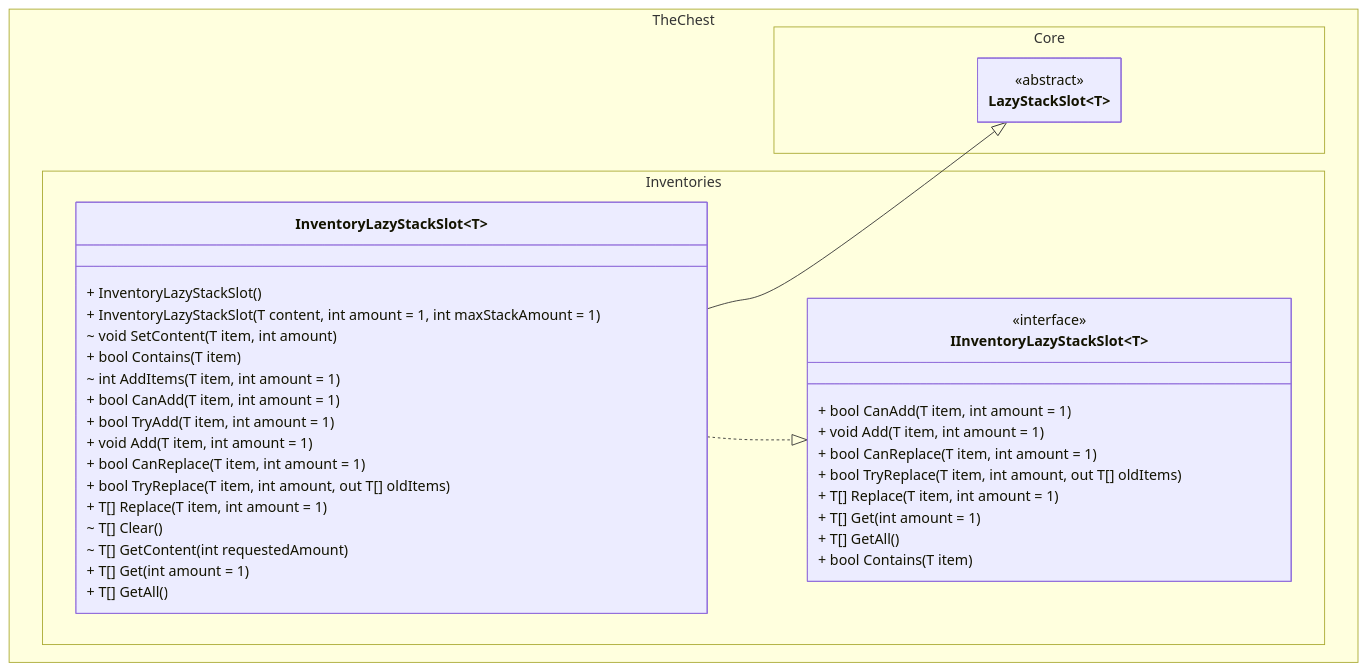
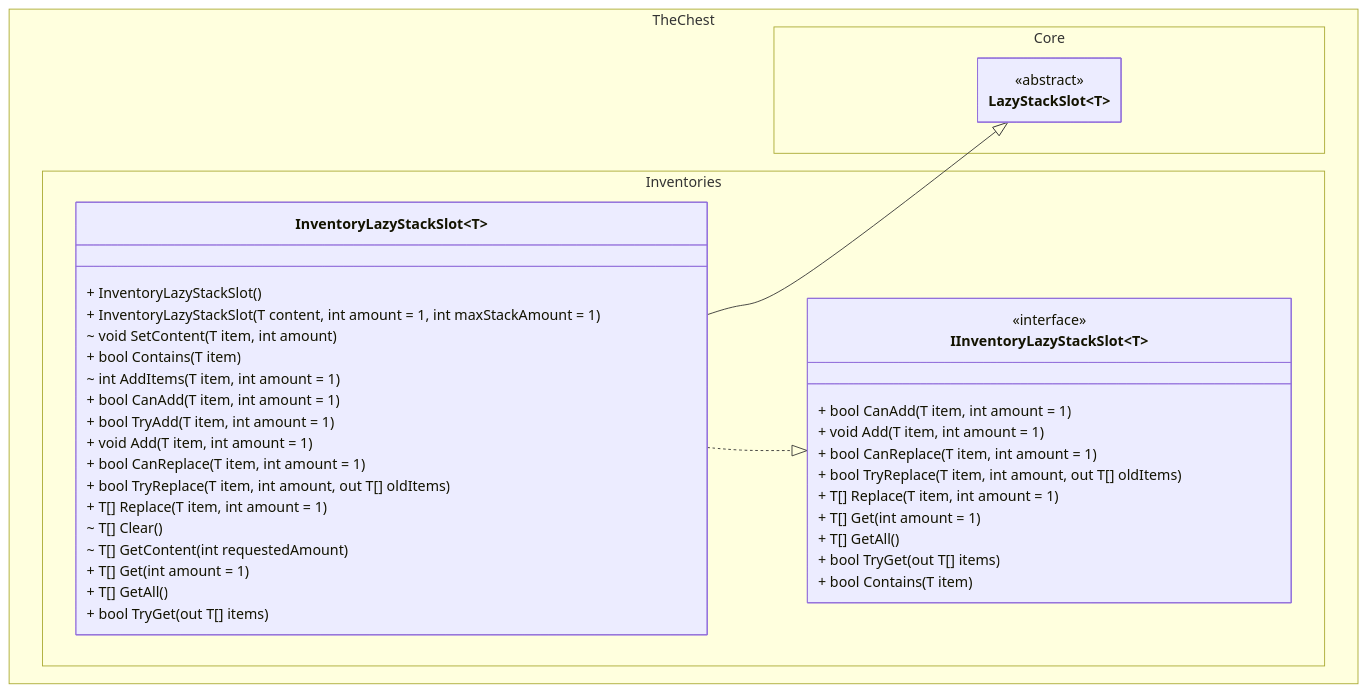
The second of 2 diagrams in docs/lazy_stack_inventory/class_diagram.md (The-Chest/TheChest.Inventories), drawn with Mermaid before and after one commit. The commit also changed other lines of this file and 1 other file, not shown here.

Commit message:
Changes in docs

````diff
--- a/docs/lazy_stack_inventory/class_diagram.md
+++ b/docs/lazy_stack_inventory/class_diagram.md
@@ -135,57 +136,59 @@
 ```mermaid
 ---
 config:
   theme: mc
   look: classic
   class:
     hideEmptyMembersBox: true
 ---
 classDiagram
 direction TB
 
 namespace TheChest.Core {
     class LazyStackSlot~T~ {
     }
 }
 <<abstract>> LazyStackSlot
 
 namespace TheChest.Inventories {
     class IInventoryLazyStackSlot~T~ {
         + bool CanAdd(T item, int amount = 1)
         + void Add(T item, int amount = 1)
 
         + bool CanReplace(T item, int amount = 1)
         + bool TryReplace(T item, int amount, out T[] oldItems)
         + T[] Replace(T item, int amount = 1)
 
         + T[] Get(int amount = 1)
         + T[] GetAll()
+        + bool TryGet(out T[] items)
         + bool Contains(T item)
     }
     class InventoryLazyStackSlot~T~ {
         + InventoryLazyStackSlot()
         + InventoryLazyStackSlot(T content, int amount = 1, int maxStackAmount = 1)
         
         ~ void SetContent(T item, int amount)
 
         + bool Contains(T item)
         
         ~ int AddItems(T item, int amount = 1)
         + bool CanAdd(T item, int amount = 1)
         + bool TryAdd(T item, int amount = 1)
         + void Add(T item, int amount = 1)
         
         + bool CanReplace(T item, int amount = 1)
         + bool TryReplace(T item, int amount, out T[] oldItems)
         + T[] Replace(T item, int amount = 1)
         
         ~ T[] Clear()
         ~ T[] GetContent(int requestedAmount)
         + T[] Get(int amount = 1)
         + T[] GetAll()
+        + bool TryGet(out T[] items)
     }
 }
 <<interface>> IInventoryLazyStackSlot
 InventoryLazyStackSlot~T~ --|> LazyStackSlot~T~
 InventoryLazyStackSlot~T~ ..|> IInventoryLazyStackSlot~T~
 ```
````
